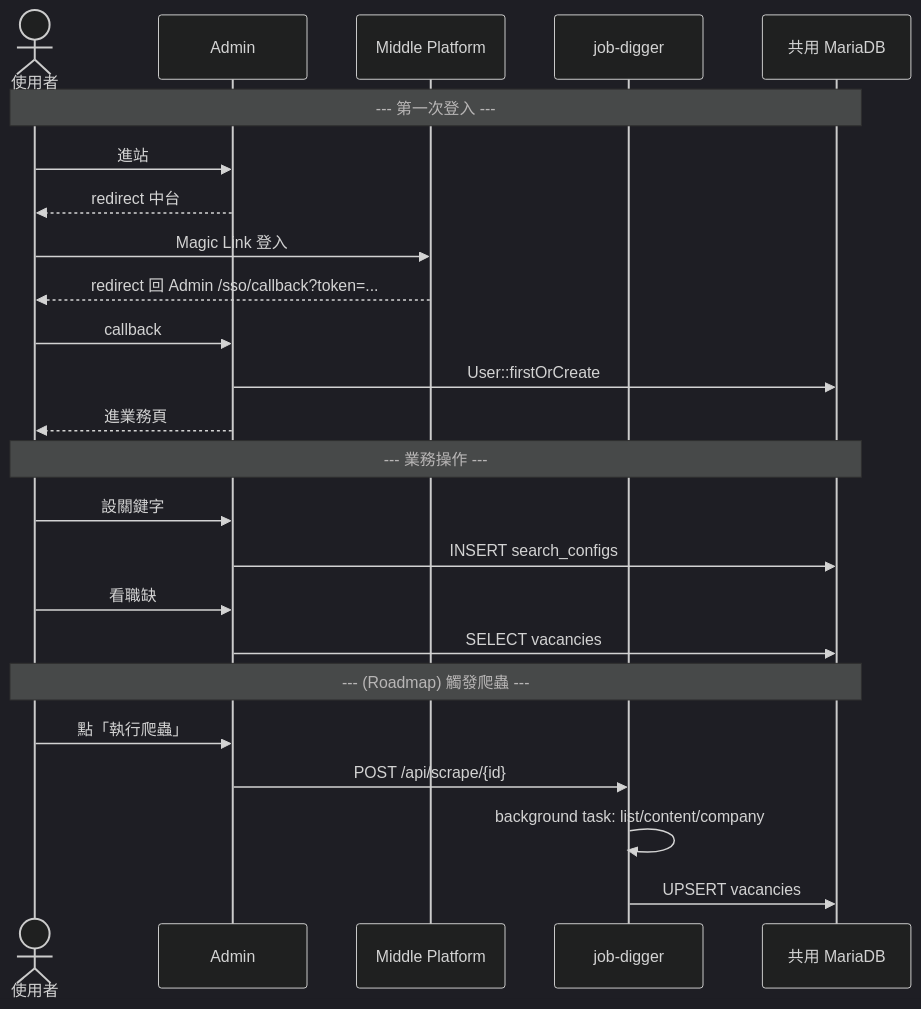
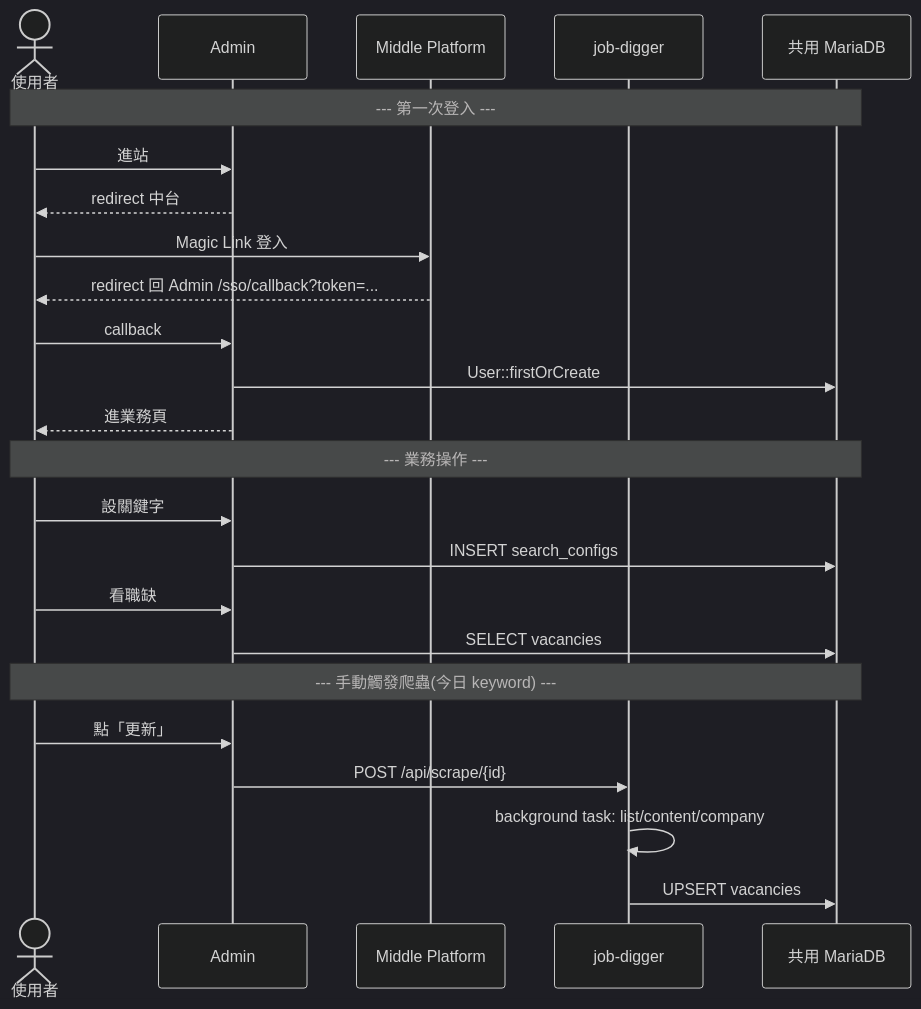
One commit to jacky0996/job_digger_admin changed the sixth of 6 diagrams in docs/sequence-diagrams.md. Above: the diagram before and after it, drawn with Mermaid (dark theme). The commit also changed other lines of this file and 16 other files, not shown here.

````diff
--- a/docs/sequence-diagrams.md
+++ b/docs/sequence-diagrams.md
@@ -202,29 +278,29 @@
 ```mermaid
 sequenceDiagram
     actor U as 使用者
     participant A as Admin
     participant MP as Middle Platform
     participant JD as job-digger
     participant DB as 共用 MariaDB
 
     Note over U,DB: --- 第一次登入 ---
     U->>A: 進站
     A-->>U: redirect 中台
     U->>MP: Magic Link 登入
     MP-->>U: redirect 回 Admin /sso/callback?token=...
     U->>A: callback
     A->>DB: User::firstOrCreate
     A-->>U: 進業務頁
 
     Note over U,DB: --- 業務操作 ---
     U->>A: 設關鍵字
     A->>DB: INSERT search_configs
     U->>A: 看職缺
     A->>DB: SELECT vacancies
 
-    Note over U,DB: --- (Roadmap) 觸發爬蟲 ---
-    U->>A: 點「執行爬蟲」
+    Note over U,DB: --- 手動觸發爬蟲(今日 keyword) ---
+    U->>A: 點「更新」
     A->>JD: POST /api/scrape/{id}
     JD->>JD: background task: list/content/company
     JD->>DB: UPSERT vacancies
 ```
````
